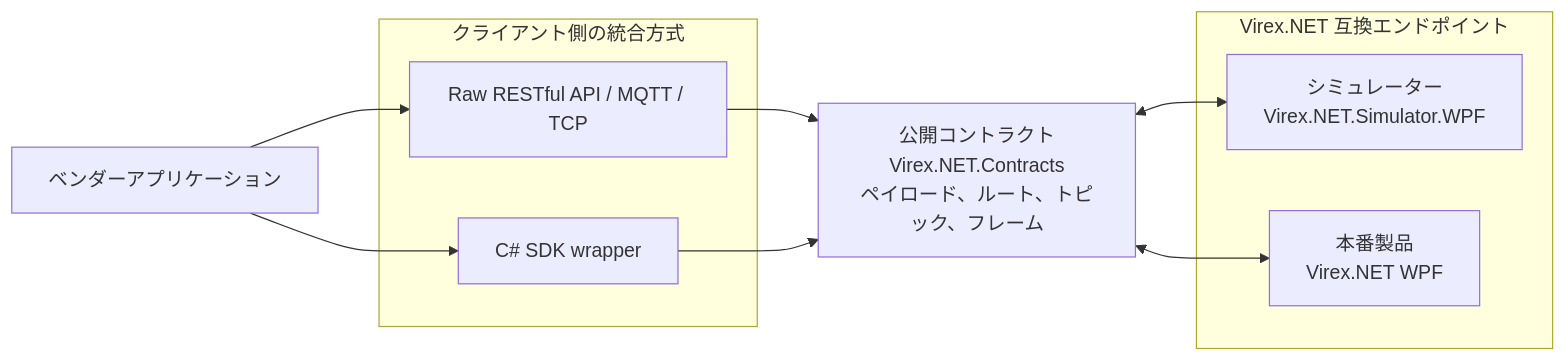
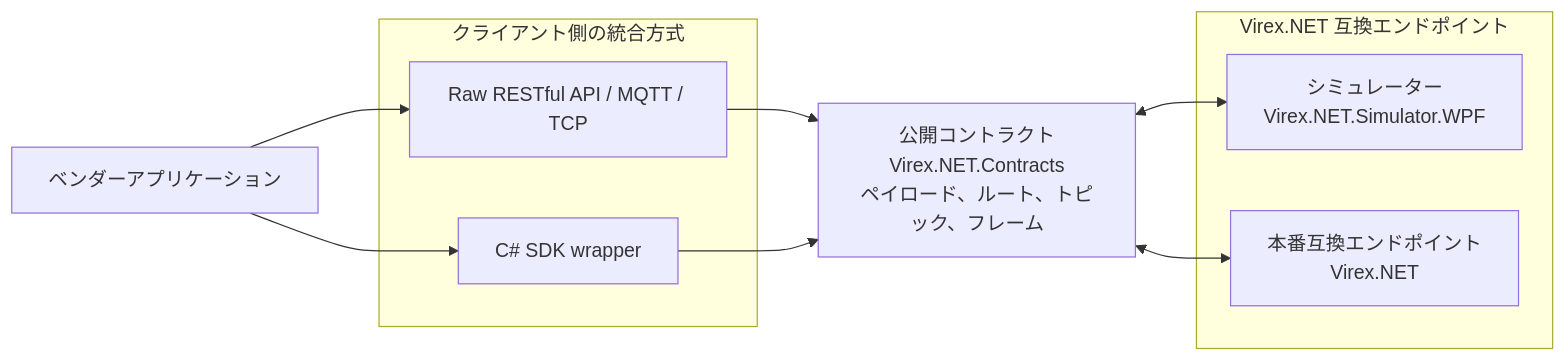
The diagram in docs/integration-model.ja.md (vstechnology-tw/vst-virex.net.integration), drawn with Mermaid before and after one commit. The commit also changed other lines of this file and 53 other files, not shown here.

````diff
--- a/docs/integration-model.ja.md
+++ b/docs/integration-model.ja.md
@@ -7,23 +7,23 @@
 ```mermaid
 flowchart LR
     Vendor["ベンダーアプリケーション"]
 
     subgraph ClientSide["クライアント側の統合方式"]
         Raw["Raw RESTful API / MQTT / TCP"]
         Sdk["C# SDK wrapper"]
     end
 
     Contract["公開コントラクト\nVirex.NET.Contracts\nペイロード、ルート、トピック、フレーム"]
 
     subgraph CompatibleEndpoint["Virex.NET 互換エンドポイント"]
         Simulator["シミュレーター\nVirex.NET.Simulator.WPF"]
-        Production["本番製品\nVirex.NET WPF"]
+        Production["本番互換エンドポイント\nVirex.NET"]
     end
 
     Vendor --> Raw
     Vendor --> Sdk
     Raw --> Contract
     Sdk --> Contract
     Contract <--> Simulator
     Contract <--> Production
 ```
````
